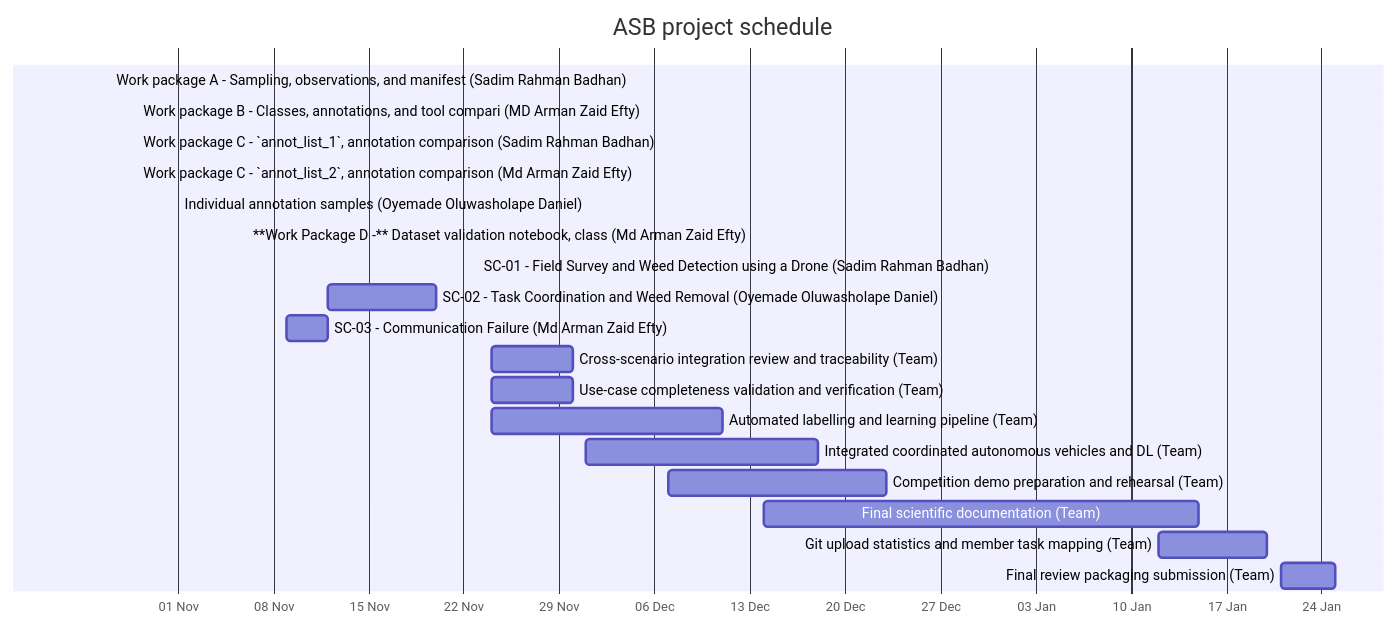
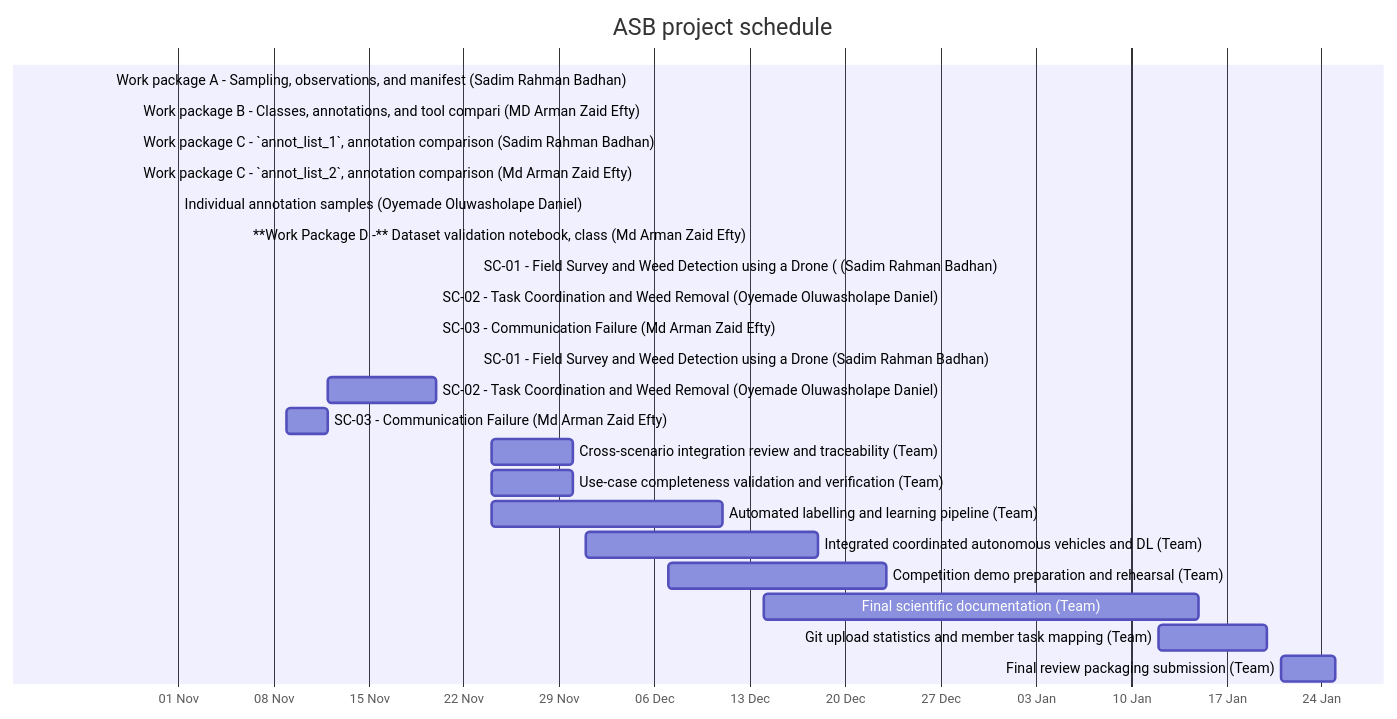
One commit to SamRB-dev/PrecisionFarming changed the diagram in documentation/project_management/GANTT.md. Above: the diagram before and after it, drawn with Mermaid. The commit also changed other lines of this file, not shown here.

Commit message:
chore: refresh project Gantt

````diff
--- a/documentation/project_management/GANTT.md
+++ b/documentation/project_management/GANTT.md
@@ -29,24 +32,27 @@
 ```mermaid
 gantt
     title ASB project schedule
     dateFormat YYYY-MM-DD
     axisFormat %d %b
     Work package A - Sampling, observations, and manifest (Sadim Rahman Badhan) :done, 2026-10-27, 2026-10-27
     Work package B - Classes, annotations, and tool compari (MD Arman Zaid Efty) :done, 2026-10-29, 2026-10-29
     Work package C - `annot_list_1`, annotation comparison  (Sadim Rahman Badhan) :done, 2026-10-29, 2026-10-29
     Work package C - `annot_list_2`, annotation comparison  (Md Arman Zaid Efty) :done, 2026-10-29, 2026-10-29
     Individual annotation samples (Oyemade Oluwasholape Daniel) :done, 2026-11-01, 2026-11-01
     **Work Package D -** Dataset validation notebook, class (Md Arman Zaid Efty) :done, 2026-11-06, 2026-11-06
+    SC-01 - Field Survey and Weed Detection using a Drone ( (Sadim Rahman Badhan) :done, 2026-11-23, 2026-11-23
+    SC-02 - Task Coordination and Weed Removal (Oyemade Oluwasholape Daniel) :done, 2026-11-20, 2026-11-20
+    SC-03 - Communication Failure (Md Arman Zaid Efty) :done, 2026-11-20, 2026-11-20
     SC-01 - Field Survey and Weed Detection using a Drone (Sadim Rahman Badhan) :2026-11-23, 2026-11-23
     SC-02 - Task Coordination and Weed Removal (Oyemade Oluwasholape Daniel) :2026-11-12, 2026-11-20
     SC-03 - Communication Failure (Md Arman Zaid Efty) :2026-11-09, 2026-11-12
     Cross-scenario integration review and traceability (Team) :2026-11-24, 2026-11-30
     Use-case completeness validation and verification (Team) :2026-11-24, 2026-11-30
     Automated labelling and learning pipeline (Team) :2026-11-24, 2026-12-11
     Integrated coordinated autonomous vehicles and DL (Team) :2026-12-01, 2026-12-18
     Competition demo preparation and rehearsal (Team) :2026-12-07, 2026-12-23
     Final scientific documentation (Team) :2026-12-14, 2027-01-15
     Git upload statistics and member task mapping (Team) :2027-01-12, 2027-01-20
     Final review packaging submission (Team) :2027-01-21, 2027-01-25
 
 ```
````
